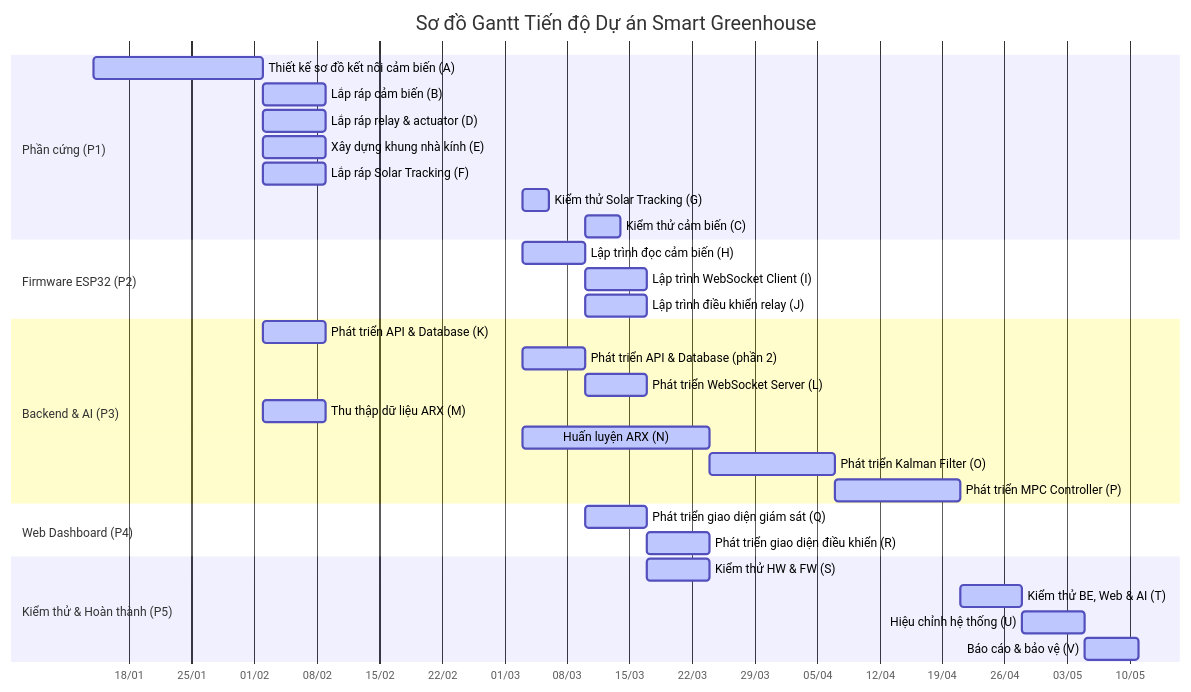
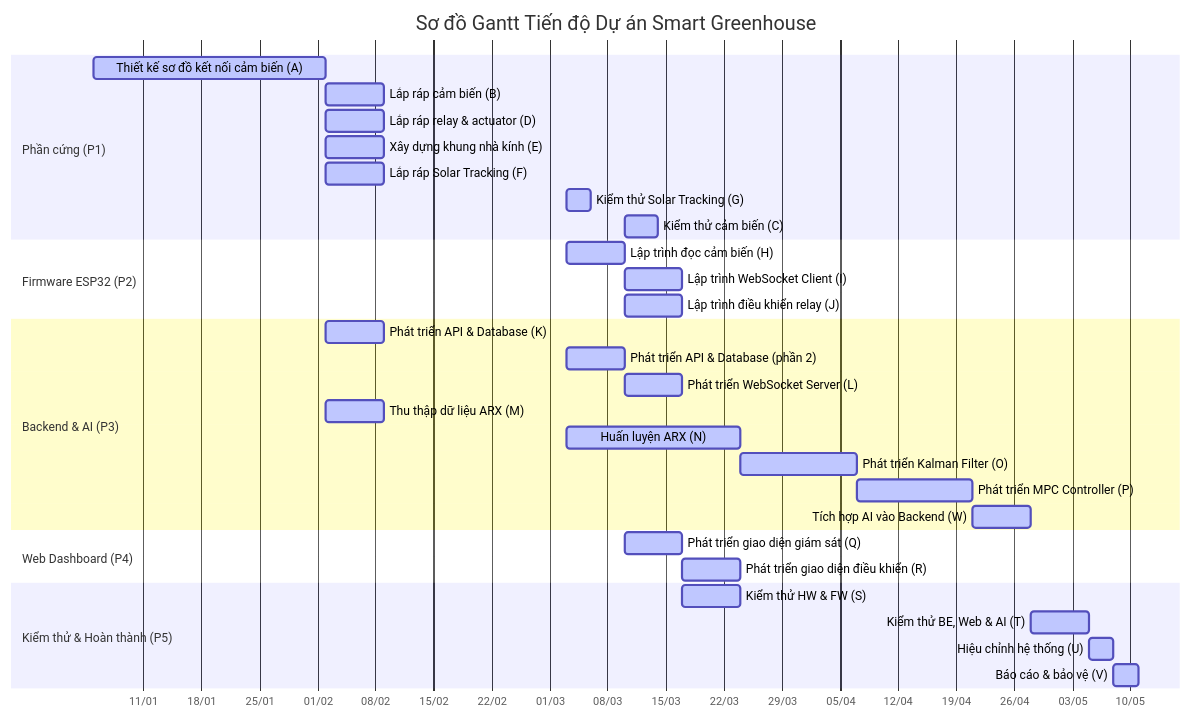
Before and after one commit to TrisMinh/QLDA: the second of 3 diagrams in Chuong06_LapLichBieu.md, drawn with Mermaid. The commit also changed other lines of this file and 6 other files, not shown here.

````diff
--- a/Chuong06_LapLichBieu.md
+++ b/Chuong06_LapLichBieu.md
@@ -137,39 +138,40 @@
 ```mermaid
 gantt
     title Sơ đồ Gantt Tiến độ Dự án Smart Greenhouse
     dateFormat  YYYY-MM-DD
     axisFormat  %d/%m
   
     section Phần cứng (P1)
-    Thiết kế sơ đồ kết nối cảm biến (A)     :active, p1_1, 2026-01-14, 19d
+    Thiết kế sơ đồ kết nối cảm biến (A)     :active, p1_1, 2026-01-05, 28d
     Lắp ráp cảm biến (B)                  :active, p1_2, after p1_1, 7d
     Lắp ráp relay & actuator (D)          :active, p1_3, after p1_1, 7d
     Xây dựng khung nhà kính (E)           :active, p1_4, after p1_1, 7d
     Lắp ráp Solar Tracking (F)             :active, p1_5, after p1_1, 7d
     Kiểm thử Solar Tracking (G)           :active, p1_6, 2026-03-03, 3d
     Kiểm thử cảm biến (C)                  :active, p1_7, 2026-03-10, 4d
   
     section Firmware ESP32 (P2)
     Lập trình đọc cảm biến (H)             :active, p2_1, 2026-03-03, 7d
     Lập trình WebSocket Client (I)         :active, p2_2, 2026-03-10, 7d
     Lập trình điều khiển relay (J)         :active, p2_3, 2026-03-10, 7d
   
     section Backend & AI (P3)
     Phát triển API & Database (K)          :active, p3_1, after p1_1, 7d
     Phát triển API & Database (phần 2)           :active, p3_1_2, 2026-03-03, 7d
     Phát triển WebSocket Server (L)        :active, p3_2, 2026-03-10, 7d
     Thu thập dữ liệu ARX (M)               :active, p3_3, after p1_1, 7d
     Huấn luyện ARX (N)                     :active, p3_4, 2026-03-03, 21d
     Phát triển Kalman Filter (O)           :active, p3_5, after p3_4, 14d
     Phát triển MPC Controller (P)          :active, p3_6, after p3_5, 14d
+    Tích hợp AI vào Backend (W)           :active, p3_7, 2026-04-21, 7d
   
     section Web Dashboard (P4)
     Phát triển giao diện giám sát (Q)      :active, p4_1, 2026-03-10, 7d
     Phát triển giao diện điều khiển (R)    :active, p4_2, 2026-03-17, 7d
   
     section Kiểm thử & Hoàn thành (P5)
     Kiểm thử HW & FW (S)                :active, p5_1_hw, 2026-03-17, 7d
-    Kiểm thử BE, Web & AI (T)           :active, p5_1_sw, 2026-04-21, 7d
-    Hiệu chỉnh hệ thống (U)                :active, p5_2, after p5_1_sw, 7d
-    Báo cáo & bảo vệ (V)                   :active, p5_3, after p5_2, 6d
+    Kiểm thử BE, Web & AI (T)           :active, p5_1_sw, 2026-04-28, 7d
+    Hiệu chỉnh hệ thống (U)                :active, p5_2, 2026-05-05, 3d
+    Báo cáo & bảo vệ (V)                   :active, p5_3, 2026-05-08, 3d
 ```
````
